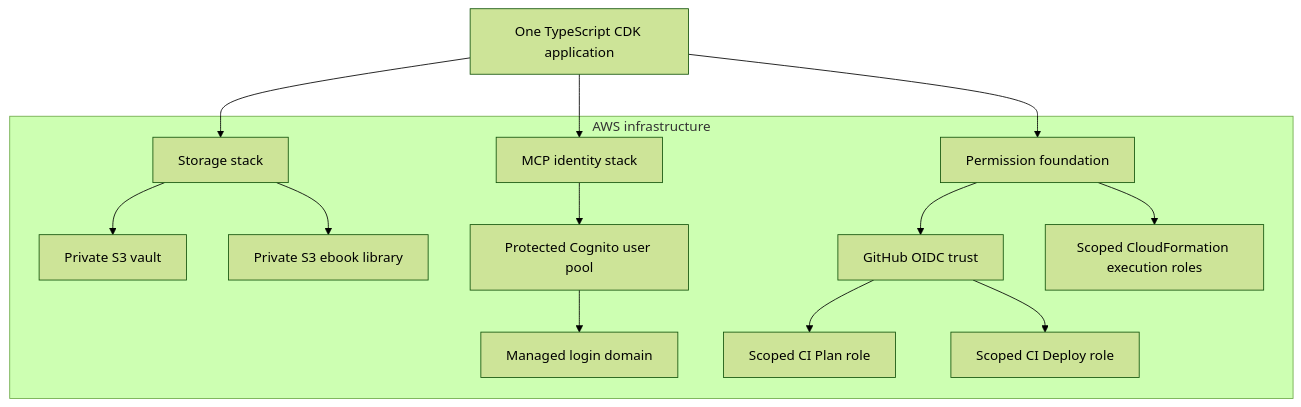
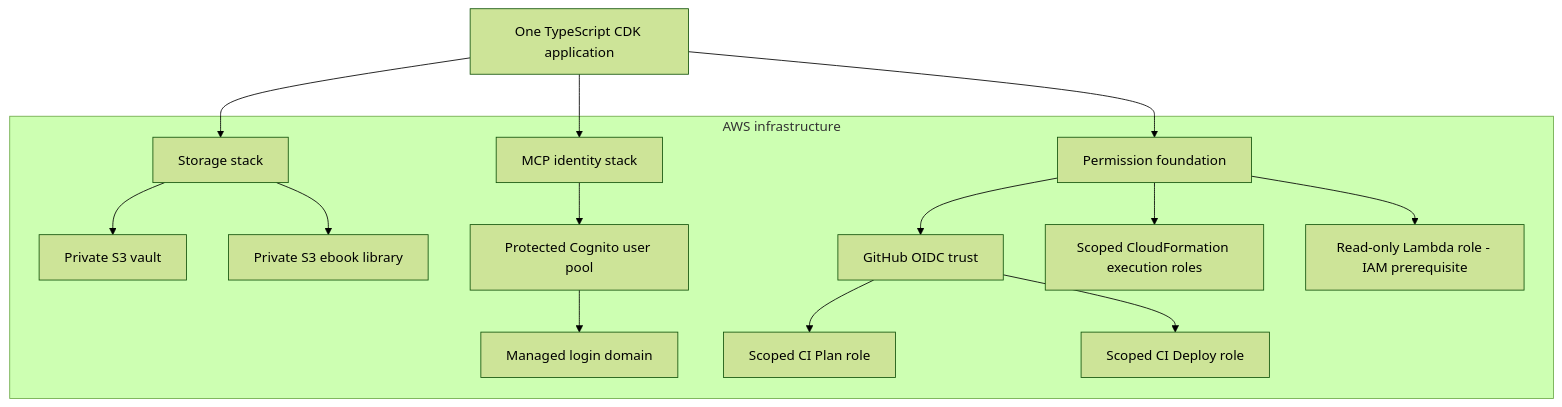
Before and after one commit to yepengfan/obsidian-workflow-infra: the first of 2 diagrams in README.md, drawn with Mermaid (forest theme). The commit also changed other lines of this file and 10 other files, not shown here.

Commit message:
feat(iam): prepare scoped MCP runtime and code delivery permissions

````diff
--- a/README.md
+++ b/README.md
@@ -11,18 +11,19 @@
 ```mermaid
 flowchart TB
     App["One TypeScript CDK application"]
     App --> Storage["Storage stack"]
     App --> Identity["MCP identity stack"]
     App --> Foundation["Permission foundation"]
 
     subgraph AWS["AWS infrastructure"]
         Storage --> Vault["Private S3 vault"]
         Storage --> Library["Private S3 ebook library"]
         Identity --> Pool["Protected Cognito user pool"]
         Pool --> Login["Managed login domain"]
         Foundation --> OIDC["GitHub OIDC trust"]
         OIDC --> PlanRole["Scoped CI Plan role"]
         OIDC --> DeployRole["Scoped CI Deploy role"]
         Foundation --> Execution["Scoped CloudFormation execution roles"]
+        Foundation --> RuntimeRole["Read-only Lambda role - IAM prerequisite"]
     end
 ```
````
